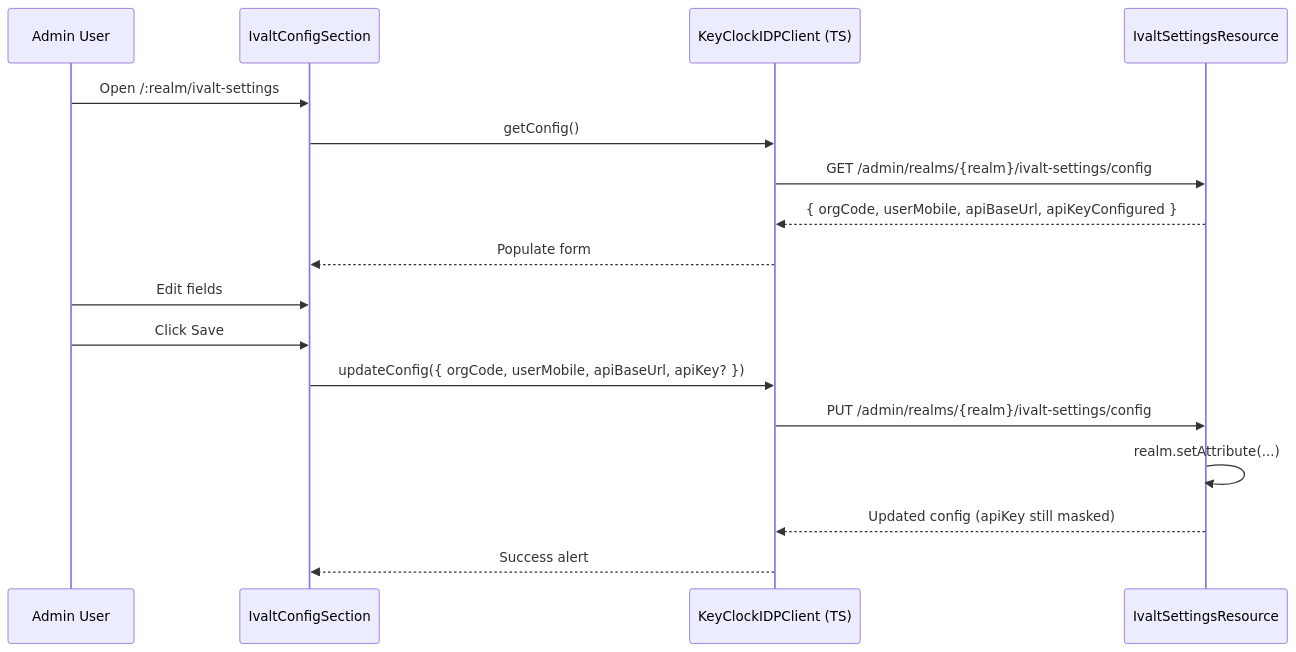
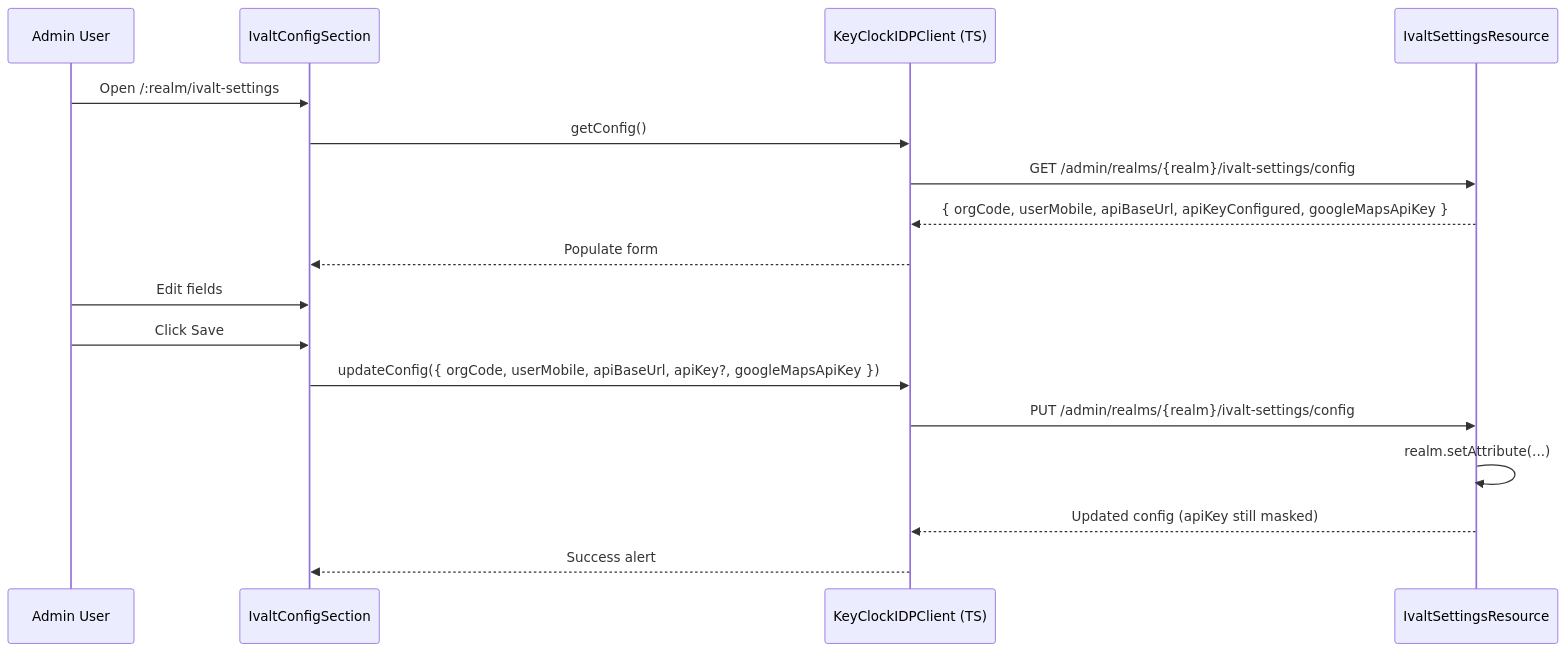
One commit to vksharma7664/keycloak changed the third of 6 diagrams in docs/ivalt-docs/admin-console-ui.md. Above: the diagram before and after it, drawn with Mermaid. The commit also changed other lines of this file and 3 other files, not shown here.

First line of the commit message:
Update iVALT documentation to reflect Google Maps API key addition

````diff
--- a/docs/ivalt-docs/admin-console-ui.md
+++ b/docs/ivalt-docs/admin-console-ui.md
@@ -98,20 +99,20 @@
 ```mermaid
 sequenceDiagram
     participant Admin as Admin User
     participant UI as IvaltConfigSection
     participant Client as KeyClockIDPClient (TS)
     participant Backend as IvaltSettingsResource
 
     Admin->>UI: Open /:realm/ivalt-settings
     UI->>Client: getConfig()
     Client->>Backend: GET /admin/realms/{realm}/ivalt-settings/config
-    Backend-->>Client: { orgCode, userMobile, apiBaseUrl, apiKeyConfigured }
+    Backend-->>Client: { orgCode, userMobile, apiBaseUrl, apiKeyConfigured, googleMapsApiKey }
     Client-->>UI: Populate form
     Admin->>UI: Edit fields
     Admin->>UI: Click Save
-    UI->>Client: updateConfig({ orgCode, userMobile, apiBaseUrl, apiKey? })
+    UI->>Client: updateConfig({ orgCode, userMobile, apiBaseUrl, apiKey?, googleMapsApiKey })
     Client->>Backend: PUT /admin/realms/{realm}/ivalt-settings/config
     Backend->>Backend: realm.setAttribute(...)
     Backend-->>Client: Updated config (apiKey still masked)
     Client-->>UI: Success alert
 ```
````
